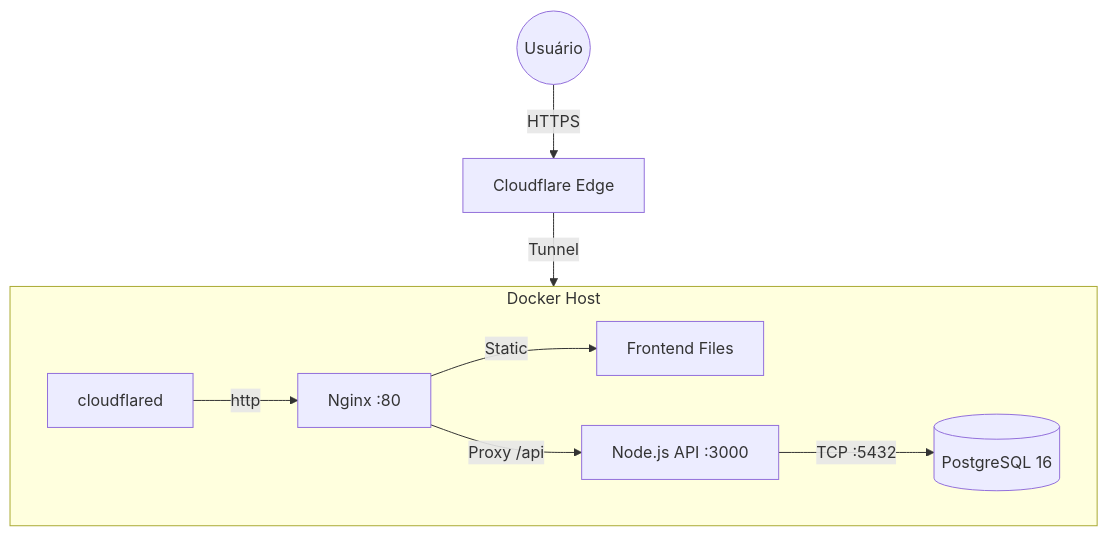
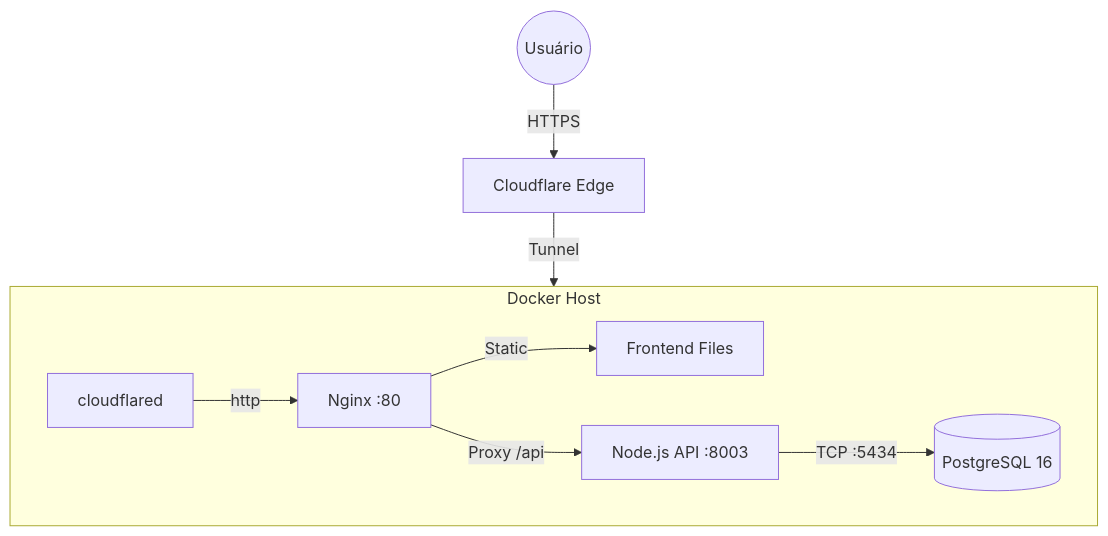
One commit to Self-Labs/pmes changed the diagram in README.md. Above: the diagram before and after it, drawn with Mermaid. The commit also changed other lines of this file and 21 other files, not shown here.

First line of the commit message:
feat: Initialize PMES project with database schema, Docker setup, and frontend structure

````diff
--- a/README.md
+++ b/README.md
@@ -9,13 +9,13 @@
 ```mermaid
 graph TD
     User((Usuário)) -->|HTTPS| CF[Cloudflare Edge]
     CF -->|Tunnel| OPI[Orange Pi 5]
     
     subgraph OPI [Docker Host]
         Tun[cloudflared] -->|http| Nginx[Nginx :80]
         Nginx -->|Static| Front[Frontend Files]
-        Nginx -->|Proxy /api| Node[Node.js API :3000]
-        Node -->|TCP :5432| PG[(PostgreSQL 16)]
+        Nginx -->|Proxy /api| Node[Node.js API :8003]
+        Node -->|TCP :5434| PG[(PostgreSQL 16)]
     end
 
 ```
````
